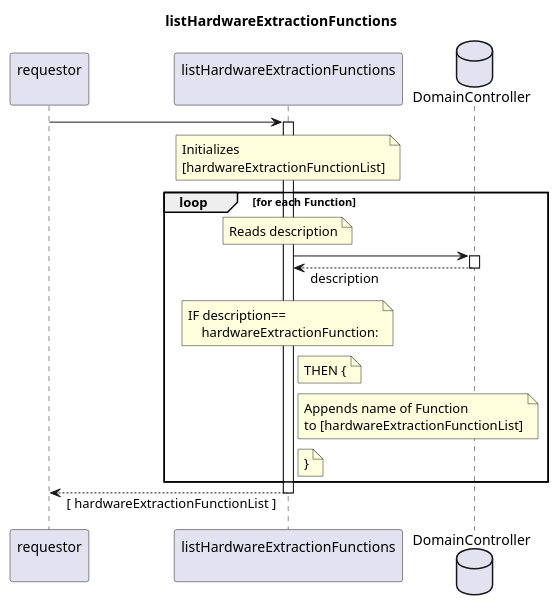
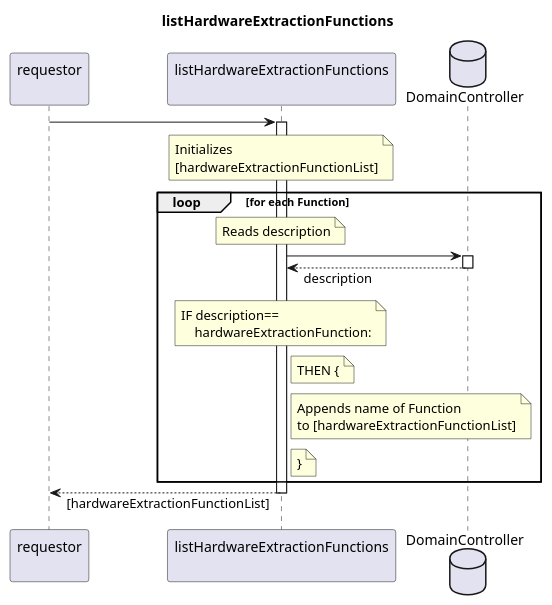
The diagram in spec/Services/listHardwareExtractionFunctions/1.0.0/listHardwareExtractionFunctions.plantuml (openBackhaul/FirmWareManager), drawn with PlantUML before and after one commit. The commit also changed 27 other files, not shown here.

```diff
--- a/spec/Services/listHardwareExtractionFunctions/1.0.0/listHardwareExtractionFunctions.plantuml
+++ b/spec/Services/listHardwareExtractionFunctions/1.0.0/listHardwareExtractionFunctions.plantuml
@@ -1,47 +1,47 @@
 @startuml listHardwareExtractionFunctions
 skinparam responseMessageBelowArrow true
 
 title
   listHardwareExtractionFunctions
 end title
 
 participant "requestor\n" as requestor
 participant "listHardwareExtractionFunctions\n" as indServ
 database "DomainController" as DC
 
 requestor -> indServ
 activate indServ
 
   note over indServ
     Initializes
     [hardwareExtractionFunctionList]
   end note
 
   loop for each Function
     note over indServ
       Reads description
     end note
     indServ -> DC
     activate DC
     indServ <-- DC: description
     deactivate DC
     note over indServ
       IF description==
           hardwareExtractionFunction:
     end note
     note right indServ
       THEN {
     end note
     note right indServ
       Appends name of Function
       to [hardwareExtractionFunctionList]
     end note
     note right indServ
       }
     end note
   end loop
 
-requestor <-- indServ: [ hardwareExtractionFunctionList ]
+requestor <-- indServ: [hardwareExtractionFunctionList]
 deactivate indServ
 
 @enduml
```
